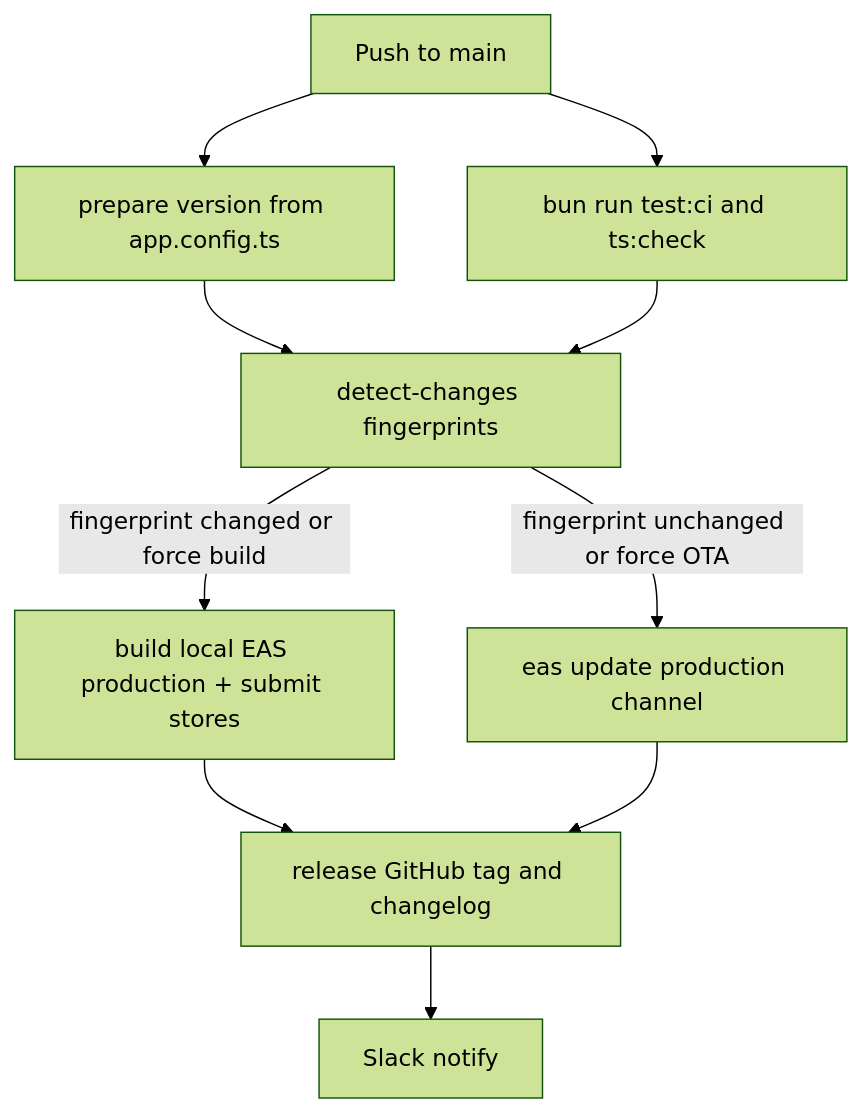
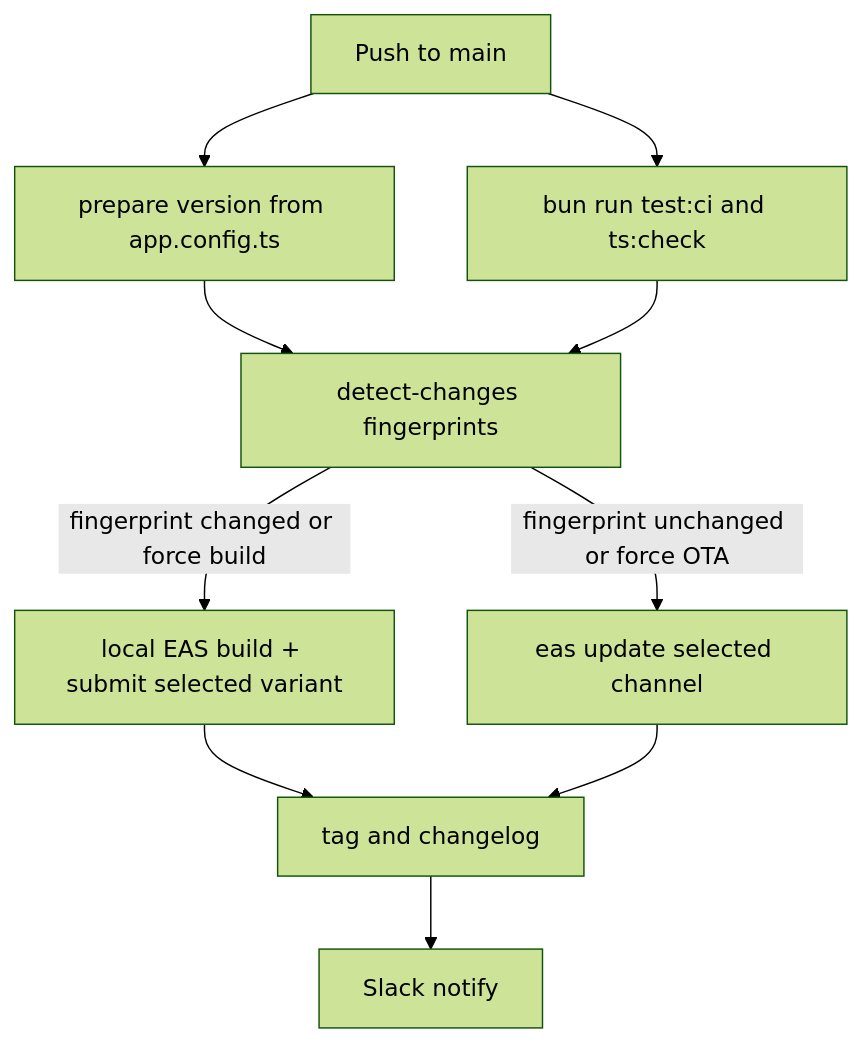
One commit to luke-h1/foam changed the second of 4 diagrams in README.md. Above: the diagram before and after it, drawn with Mermaid (forest theme). The commit also changed other lines of this file and 5 other files, not shown here.

````diff
--- a/README.md
+++ b/README.md
@@ -385,12 +385,12 @@
 ```mermaid
 flowchart TD
   A[Push to main] --> P[prepare version from app.config.ts]
   A --> T[bun run test:ci and ts:check]
   P --> D[detect-changes fingerprints]
   T --> D
-  D -->|fingerprint changed or force build| B[build local EAS production + submit stores]
-  D -->|fingerprint unchanged or force OTA| U[eas update production channel]
-  B --> R[release GitHub tag and changelog]
+  D -->|fingerprint changed or force build| B[local EAS build + submit selected variant]
+  D -->|fingerprint unchanged or force OTA| U[eas update selected channel]
+  B --> R[tag and changelog]
   U --> R
   R --> S[Slack notify]
 ```
````
